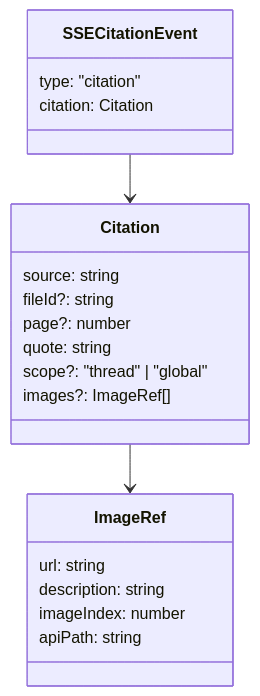
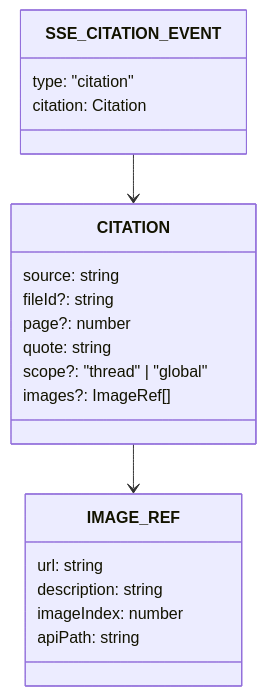
Before and after one commit to 1qh/safeagent: diagram 18 of 22 in plan/11-transport.md, drawn with Mermaid. The commit also changed other lines of this file and 7 other files, not shown here.

Commit message:
plan: fix Mermaid node IDs to UPPER_SNAKE across all files

````diff
--- a/plan/11-transport.md
+++ b/plan/11-transport.md
@@ -539,23 +539,23 @@
 ```mermaid
 classDiagram
-    class SSECitationEvent {
+    class SSE_CITATION_EVENT {
         type: "citation"
         citation: Citation
     }
-    class Citation {
+    class CITATION {
         source: string
         fileId?: string
         page?: number
         quote: string
         scope?: "thread" | "global"
         images?: ImageRef[]
     }
-    class ImageRef {
+    class IMAGE_REF {
         url: string
         description: string
         imageIndex: number
         apiPath: string
     }
-    Citation --> ImageRef
-    SSECitationEvent --> Citation
+    CITATION --> IMAGE_REF
+    SSE_CITATION_EVENT --> CITATION
 ```
````
